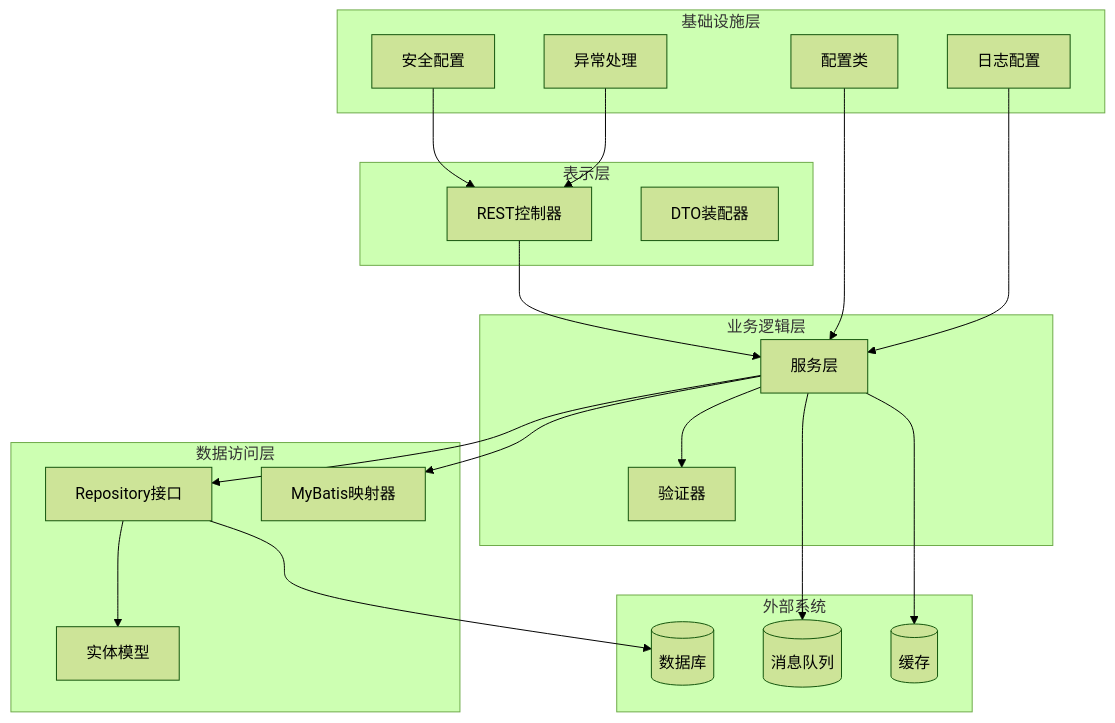
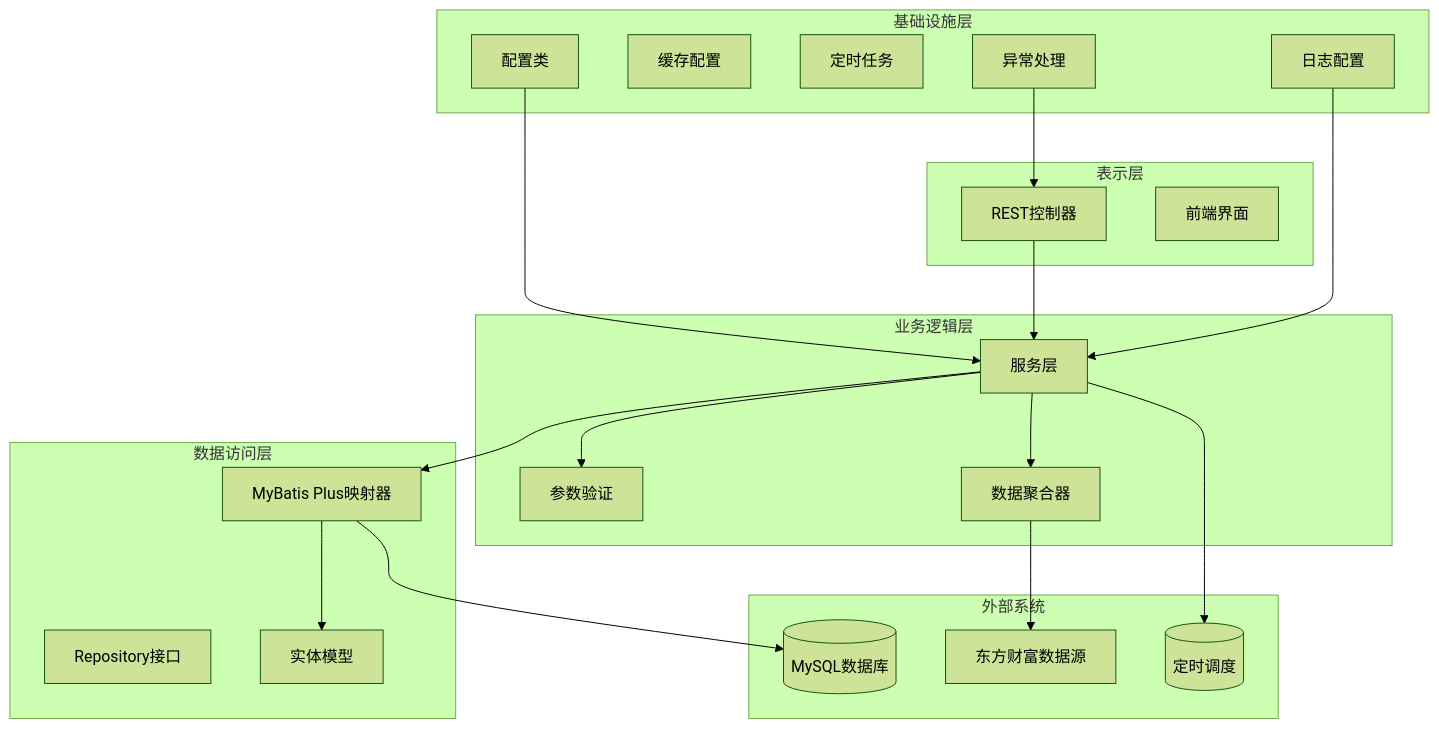
The third of 11 diagrams in .qoder/repowiki/zh/content/核心功能开发/核心功能开发.md (gree-coder/fund-butler), drawn with Mermaid (forest theme) before and after one commit. The commit also changed other lines of this file and 10 other files, not shown here.

````diff
--- a/.qoder/repowiki/zh/content/核心功能开发/核心功能开发.md
+++ b/.qoder/repowiki/zh/content/核心功能开发/核心功能开发.md
@@ -106,39 +147,40 @@
 ```mermaid
 graph TB
 subgraph "表示层"
 CONTROLLER[REST控制器]
-ASSEMBLER[DTO装配器]
+FRONTEND[前端界面]
 end
 subgraph "业务逻辑层"
 SERVICE[服务层]
-VALIDATOR[验证器]
+VALIDATOR[参数验证]
+AGGREGATOR[数据聚合器]
 end
 subgraph "数据访问层"
+MAPPER[MyBatis Plus映射器]
 REPO[Repository接口]
 ENTITY[实体模型]
-MAPPER[MyBatis映射器]
 end
 subgraph "基础设施层"
 CONFIG[配置类]
-SEC[安全配置]
+CACHE[缓存配置]
+TASK[定时任务]
+ERROR[异常处理]
 LOG[日志配置]
-ERROR[异常处理]
 end
 subgraph "外部系统"
-DB[(数据库)]
-MQ[(消息队列)]
-CACHE[(缓存)]
+DATASOURCE[东方财富数据源]
+DB[(MySQL数据库)]
+SCHEDULE[(定时调度)]
 end
 CONTROLLER --> SERVICE
-SERVICE --> REPO
-REPO --> ENTITY
+SERVICE --> MAPPER
+MAPPER --> ENTITY
 SERVICE --> VALIDATOR
-SERVICE --> MAPPER
+SERVICE --> AGGREGATOR
 CONFIG --> SERVICE
-SEC --> CONTROLLER
+ERROR --> CONTROLLER
 LOG --> SERVICE
-ERROR --> CONTROLLER
-REPO --> DB
-SERVICE --> MQ
-SERVICE --> CACHE
+AGGREGATOR --> DATASOURCE
+MAPPER --> DB
+SERVICE --> SCHEDULE
 ```
````
